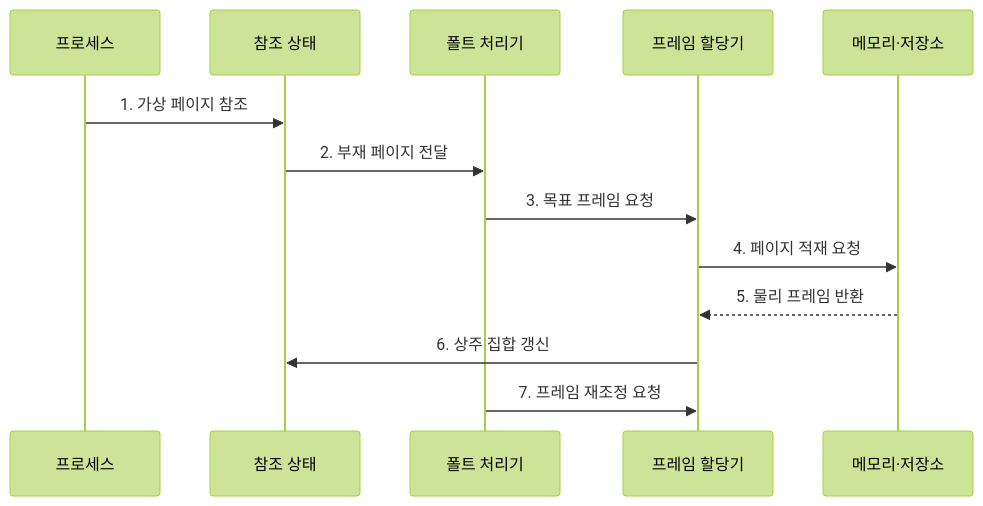
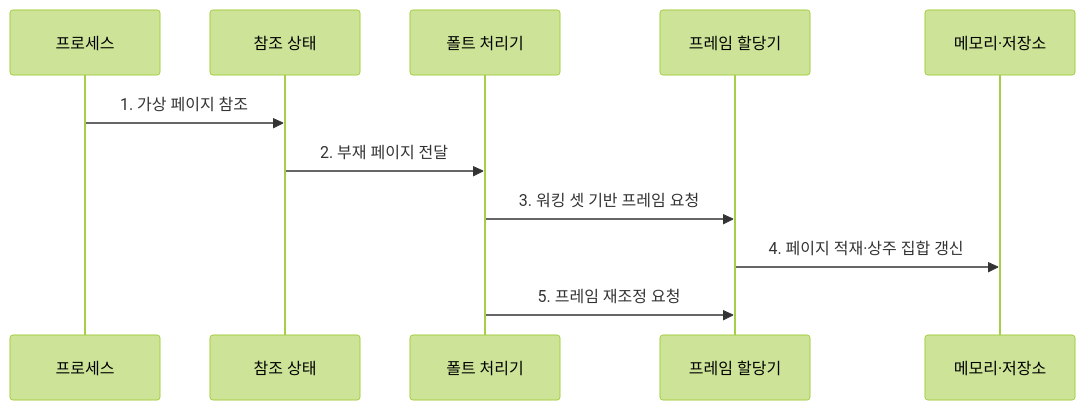
Before and after one commit to agnusdei1207/knowledge-base: the second of 2 diagrams in src/content/docs/notes/03-software/016_working_set_page_fault.md, drawn with Mermaid (forest theme). The commit also changed other lines of this file and 238 other files, not shown here.

````diff
--- a/src/content/docs/notes/03-software/016_working_set_page_fault.md
+++ b/src/content/docs/notes/03-software/016_working_set_page_fault.md
@@ -88,15 +88,13 @@
 ```mermaid
 sequenceDiagram
     participant P as 프로세스
     participant R as 참조 상태
     participant H as 폴트 처리기
     participant F as 프레임 할당기
     participant B as 메모리·저장소
     P->>R: 1. 가상 페이지 참조
     R->>H: 2. 부재 페이지 전달
-    H->>F: 3. 목표 프레임 요청
-    F->>B: 4. 페이지 적재 요청
-    B-->>F: 5. 물리 프레임 반환
-    F->>R: 6. 상주 집합 갱신
-    H->>F: 7. 프레임 재조정 요청
+    H->>F: 3. 워킹 셋 기반 프레임 요청
+    F->>B: 4. 페이지 적재·상주 집합 갱신
+    H->>F: 5. 프레임 재조정 요청
 ```
````
